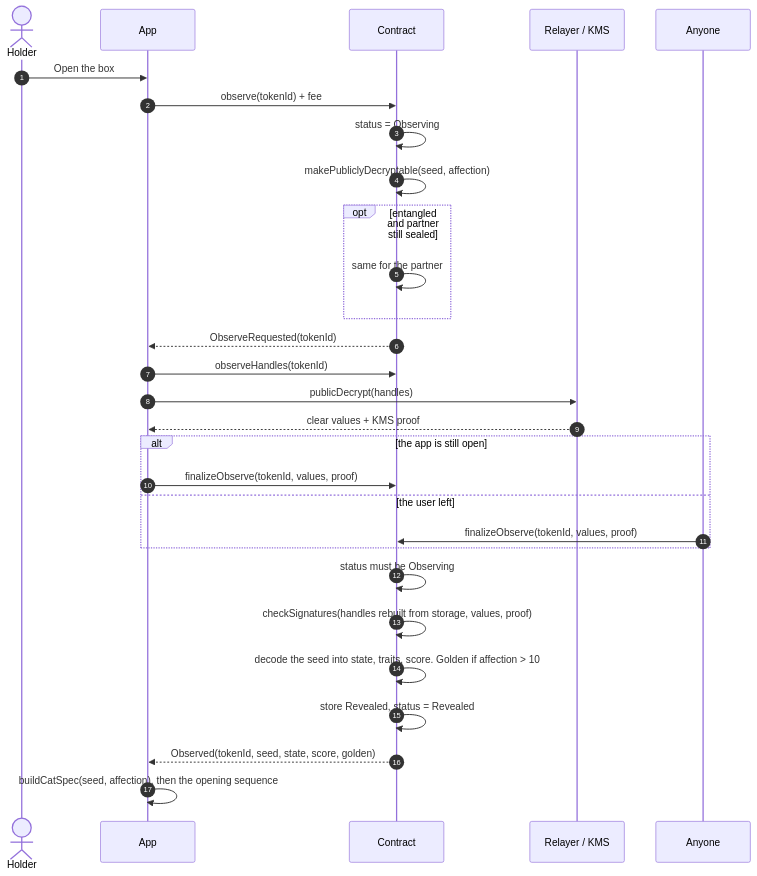
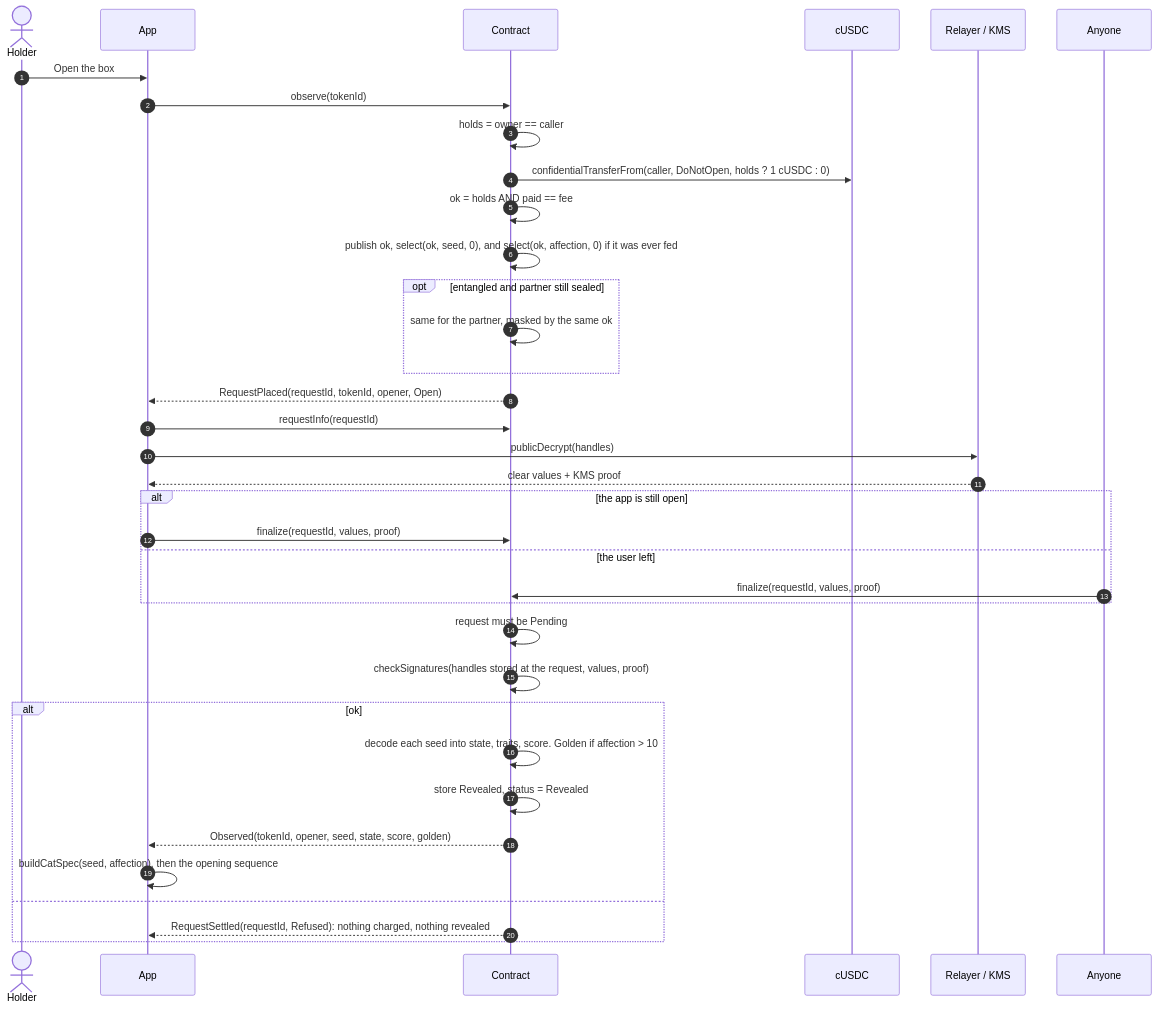
The sixth of 19 diagrams in docs/FLOWS.md (jecombe/do_not_open), drawn with Mermaid before and after one commit. The commit also changed other lines of this file and 25 other files, not shown here.

````diff
--- a/docs/FLOWS.md
+++ b/docs/FLOWS.md
@@ -114,31 +184,38 @@
 ```mermaid
 sequenceDiagram
   autonumber
   actor U as Holder
   participant App
   participant C as Contract
+  participant K as cUSDC
   participant R as Relayer / KMS
   participant Any as Anyone
   U->>App: Open the box
-  App->>C: observe(tokenId) + fee
-  C->>C: status = Observing
-  C->>C: makePubliclyDecryptable(seed, affection)
+  App->>C: observe(tokenId)
+  C->>C: holds = owner == caller
+  C->>K: confidentialTransferFrom(caller, DoNotOpen, holds ? 1 cUSDC : 0)
+  C->>C: ok = holds AND paid == fee
+  C->>C: publish ok, select(ok, seed, 0), and select(ok, affection, 0) if it was ever fed
   opt entangled and partner still sealed
-    C->>C: same for the partner
+    C->>C: same for the partner, masked by the same ok
   end
-  C-->>App: ObserveRequested(tokenId)
-  App->>C: observeHandles(tokenId)
+  C-->>App: RequestPlaced(requestId, tokenId, opener, Open)
+  App->>C: requestInfo(requestId)
   App->>R: publicDecrypt(handles)
   R-->>App: clear values + KMS proof
   alt the app is still open
-    App->>C: finalizeObserve(tokenId, values, proof)
+    App->>C: finalize(requestId, values, proof)
   else the user left
-    Any->>C: finalizeObserve(tokenId, values, proof)
+    Any->>C: finalize(requestId, values, proof)
   end
-  C->>C: status must be Observing
-  C->>C: checkSignatures(handles rebuilt from storage, values, proof)
-  C->>C: decode the seed into state, traits, score. Golden if affection > 10
-  C->>C: store Revealed, status = Revealed
-  C-->>App: Observed(tokenId, seed, state, score, golden)
-  App->>App: buildCatSpec(seed, affection), then the opening sequence
+  C->>C: request must be Pending
+  C->>C: checkSignatures(handles stored at the request, values, proof)
+  alt ok
+    C->>C: decode each seed into state, traits, score. Golden if affection > 10
+    C->>C: store Revealed, status = Revealed
+    C-->>App: Observed(tokenId, opener, seed, state, score, golden)
+    App->>App: buildCatSpec(seed, affection), then the opening sequence
+  else
+    C-->>App: RequestSettled(requestId, Refused): nothing charged, nothing revealed
+  end
 ```
````
